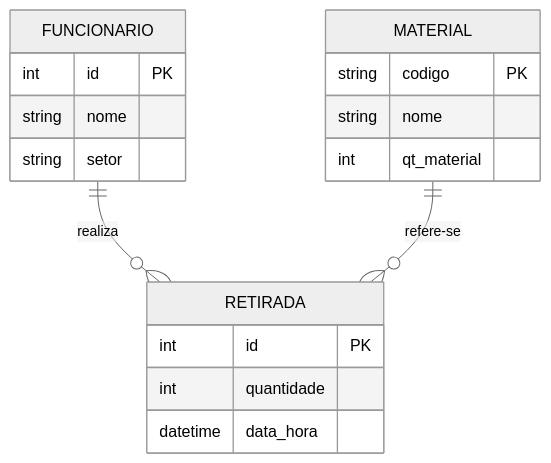
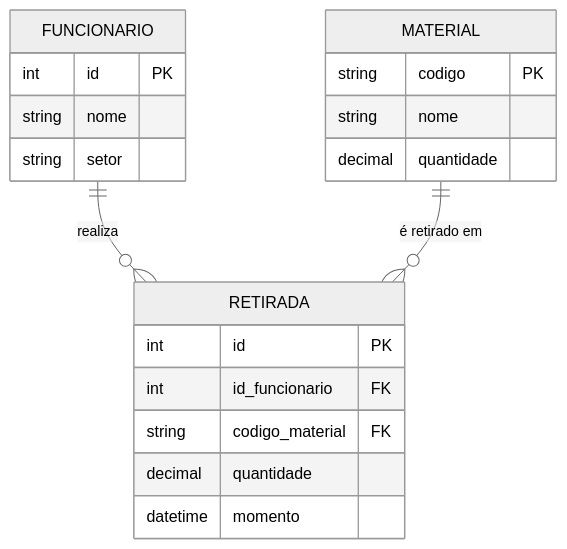
Before and after one commit to Kleiwan/Projeto-Final-Poo: the diagram in README.md, drawn with Mermaid (neutral theme). The commit also changed other lines of this file, not shown here.

````diff
--- a/README.md
+++ b/README.md
@@ -94,21 +44,25 @@
 ```mermaid
 erDiagram
     FUNCIONARIO {
         int id PK
         string nome
         string setor
     }
+
     MATERIAL {
         string codigo PK
         string nome
-        int qt_material
+        decimal quantidade
     }
+
     RETIRADA {
         int id PK
-        int quantidade
-        datetime data_hora
+        int id_funcionario FK
+        string codigo_material FK
+        decimal quantidade
+        datetime momento
     }
 
     FUNCIONARIO ||--o{ RETIRADA : realiza
-    MATERIAL ||--o{ RETIRADA : "refere-se"
+    MATERIAL ||--o{ RETIRADA : "é retirado em"
 ```
````
